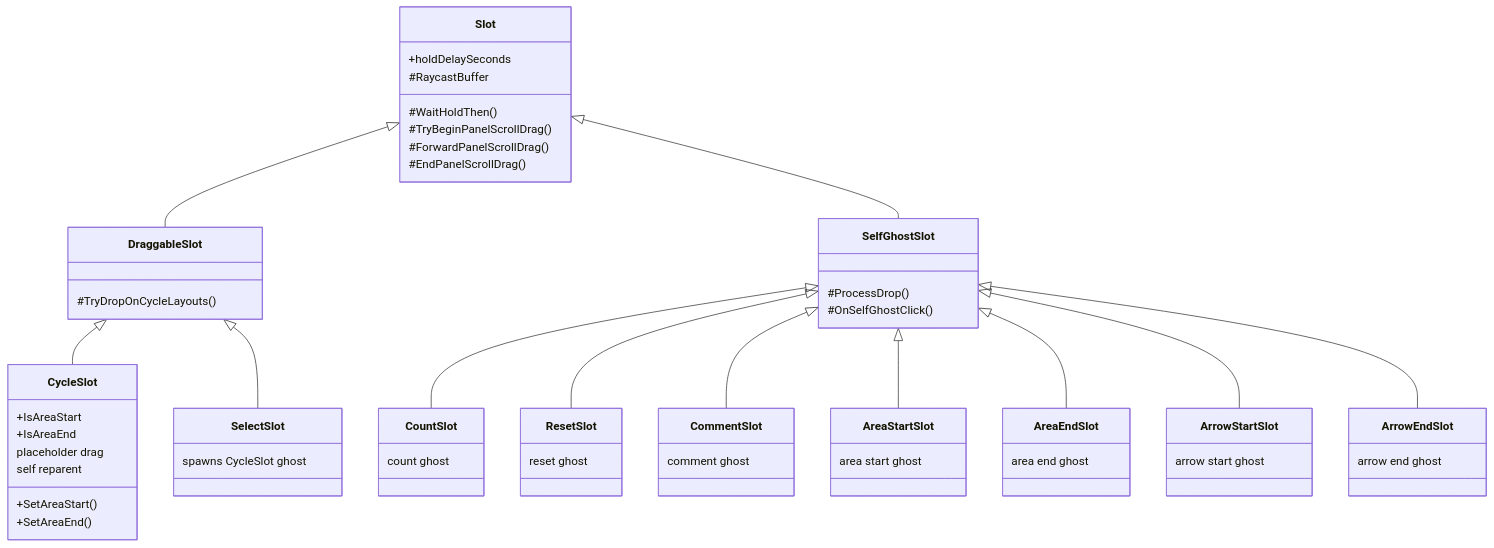
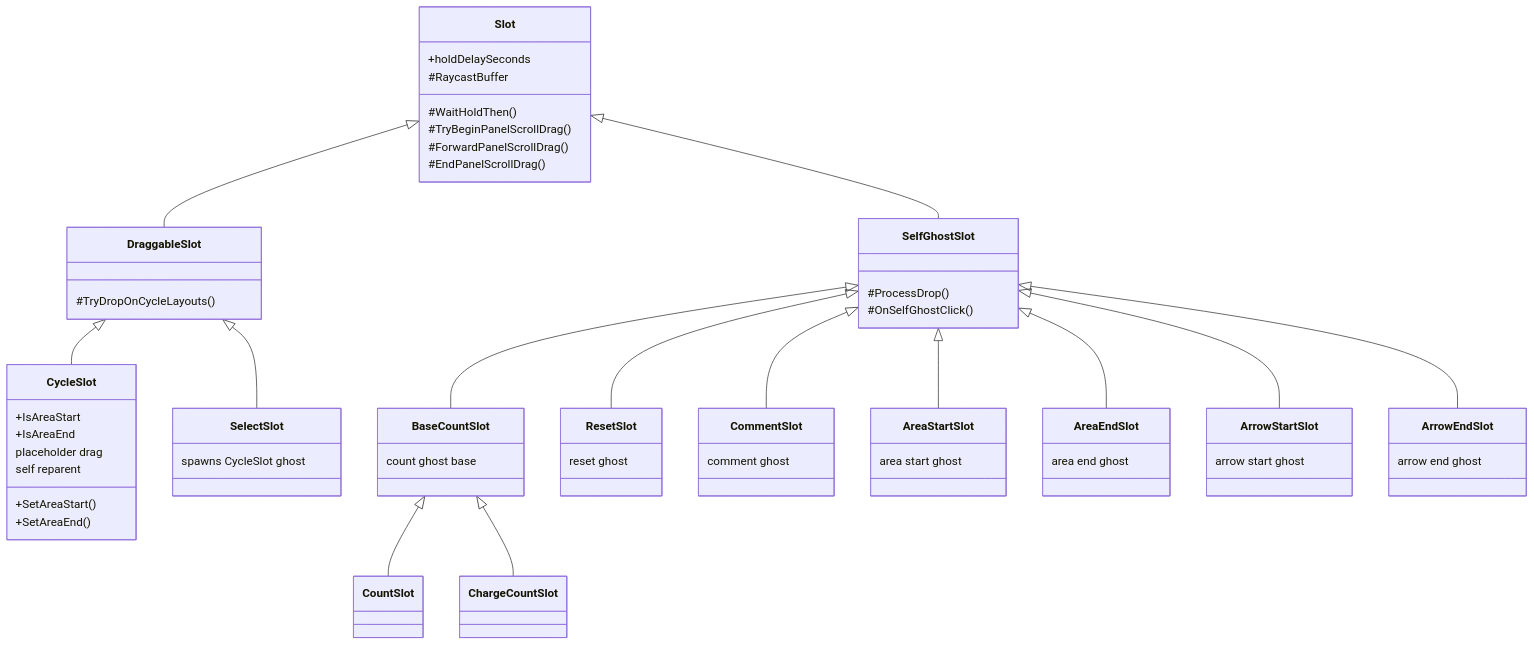
Before and after one commit to KSangMin/CRToA_GuideMaker: the diagram in .ai_context/architecture.md, drawn with Mermaid. The commit also changed other lines of this file and 14 other files, not shown here.

````diff
--- a/.ai_context/architecture.md
+++ b/.ai_context/architecture.md
@@ -11,62 +11,68 @@
 ```mermaid
 classDiagram
     direction TB
   class Slot {
     +holdDelaySeconds
     #WaitHoldThen()
     #TryBeginPanelScrollDrag()
     #ForwardPanelScrollDrag()
     #EndPanelScrollDrag()
     #RaycastBuffer
   }
   class DraggableSlot {
     #TryDropOnCycleLayouts()
   }
   class SelfGhostSlot {
     #ProcessDrop()
     #OnSelfGhostClick()
   }
   class CycleSlot {
     +IsAreaStart
     +IsAreaEnd
     +SetAreaStart()
     +SetAreaEnd()
     placeholder drag
     self reparent
   }
   class SelectSlot {
     spawns CycleSlot ghost
   }
+  class BaseCountSlot {
+    count ghost base
+  }
   class CountSlot {
-    count ghost
+  }
+  class ChargeCountSlot {
   }
   class ResetSlot {
     reset ghost
   }
   class CommentSlot {
     comment ghost
   }
   class AreaStartSlot {
     area start ghost
   }
   class AreaEndSlot {
     area end ghost
   }
   class ArrowStartSlot {
     arrow start ghost
   }
   class ArrowEndSlot {
     arrow end ghost
   }
   Slot <|-- DraggableSlot
   Slot <|-- SelfGhostSlot
   DraggableSlot <|-- CycleSlot
   DraggableSlot <|-- SelectSlot
-  SelfGhostSlot <|-- CountSlot
+  SelfGhostSlot <|-- BaseCountSlot
+  BaseCountSlot <|-- CountSlot
+  BaseCountSlot <|-- ChargeCountSlot
   SelfGhostSlot <|-- ResetSlot
   SelfGhostSlot <|-- CommentSlot
   SelfGhostSlot <|-- AreaStartSlot
   SelfGhostSlot <|-- AreaEndSlot
   SelfGhostSlot <|-- ArrowStartSlot
   SelfGhostSlot <|-- ArrowEndSlot
 ```
````
